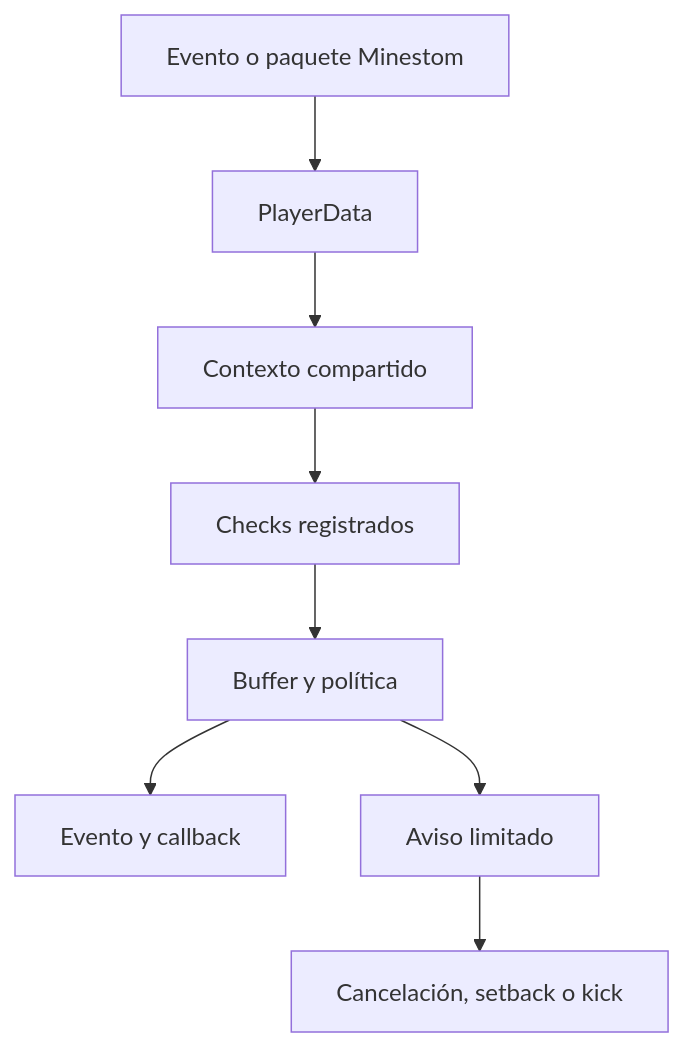
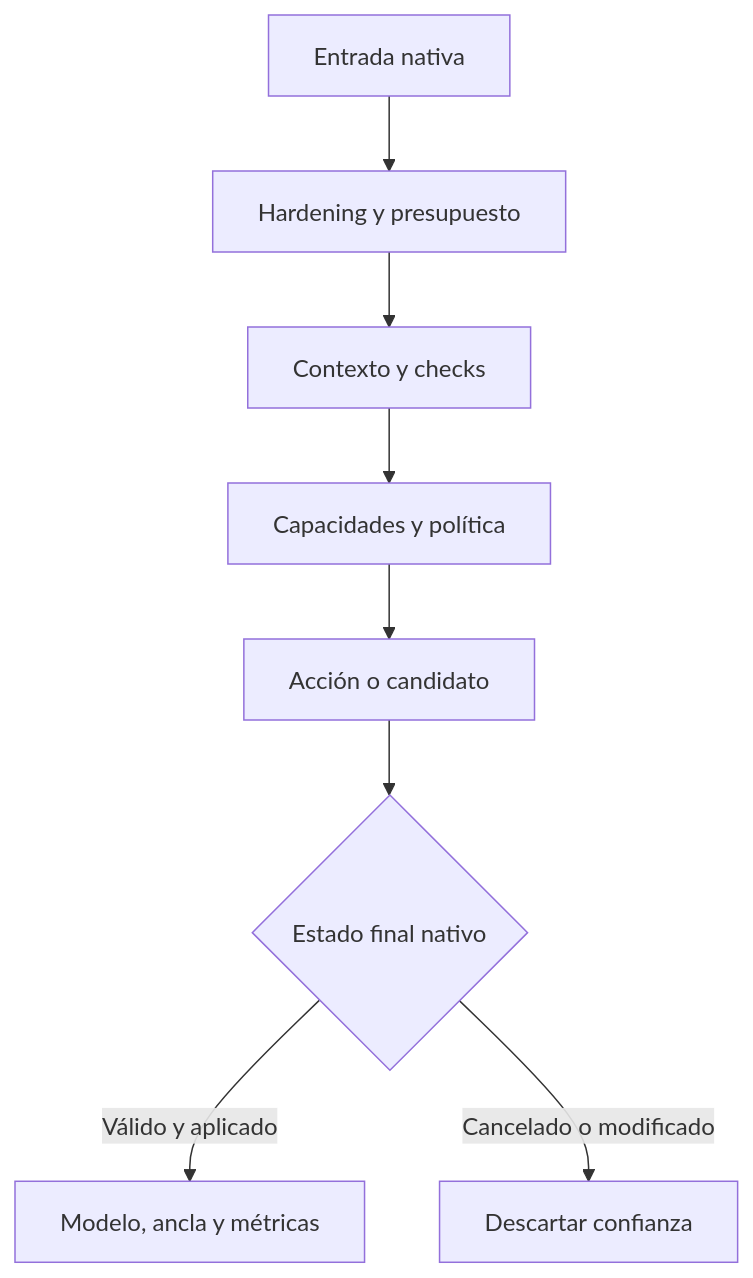
The diagram in docs/ARCHITECTURE.md (Anyelo120/CatAC-core), drawn with Mermaid before and after one commit. The commit also changed other lines of this file and 194 other files, not shown here.

````diff
--- a/docs/ARCHITECTURE.md
+++ b/docs/ARCHITECTURE.md
@@ -11,10 +7,10 @@
 ```mermaid
 flowchart TD
-    A[Evento o paquete Minestom] --> B[PlayerData]
-    B --> C[Contexto compartido]
-    C --> D[Checks registrados]
-    D --> E[Buffer y política]
-    E --> F[Evento y callback]
-    E --> G[Aviso limitado]
-    G --> H[Cancelación, setback o kick]
+    A["Entrada nativa"] --> B["Hardening y presupuesto"]
+    B --> C["Contexto y checks"]
+    C --> D["Capacidades y política"]
+    D --> E["Acción o candidato"]
+    E --> F{"Estado final nativo"}
+    F -->|"Válido y aplicado"| G["Modelo, ancla y métricas"]
+    F -->|"Cancelado o modificado"| H["Descartar confianza"]
 ```
````
